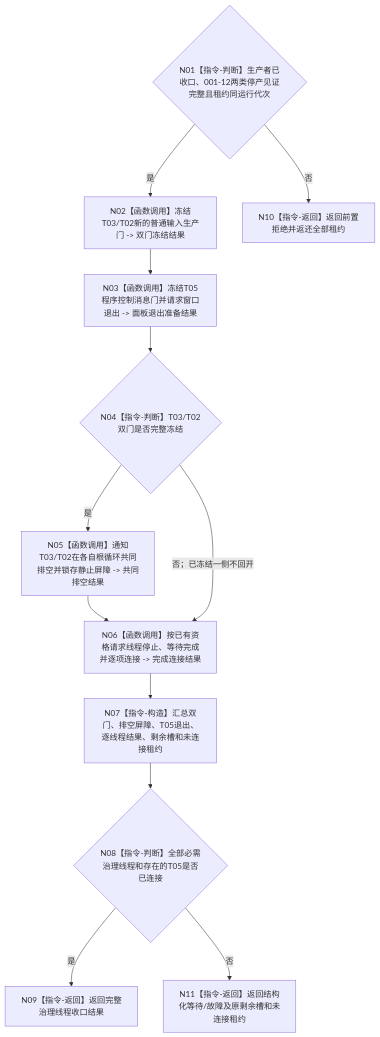
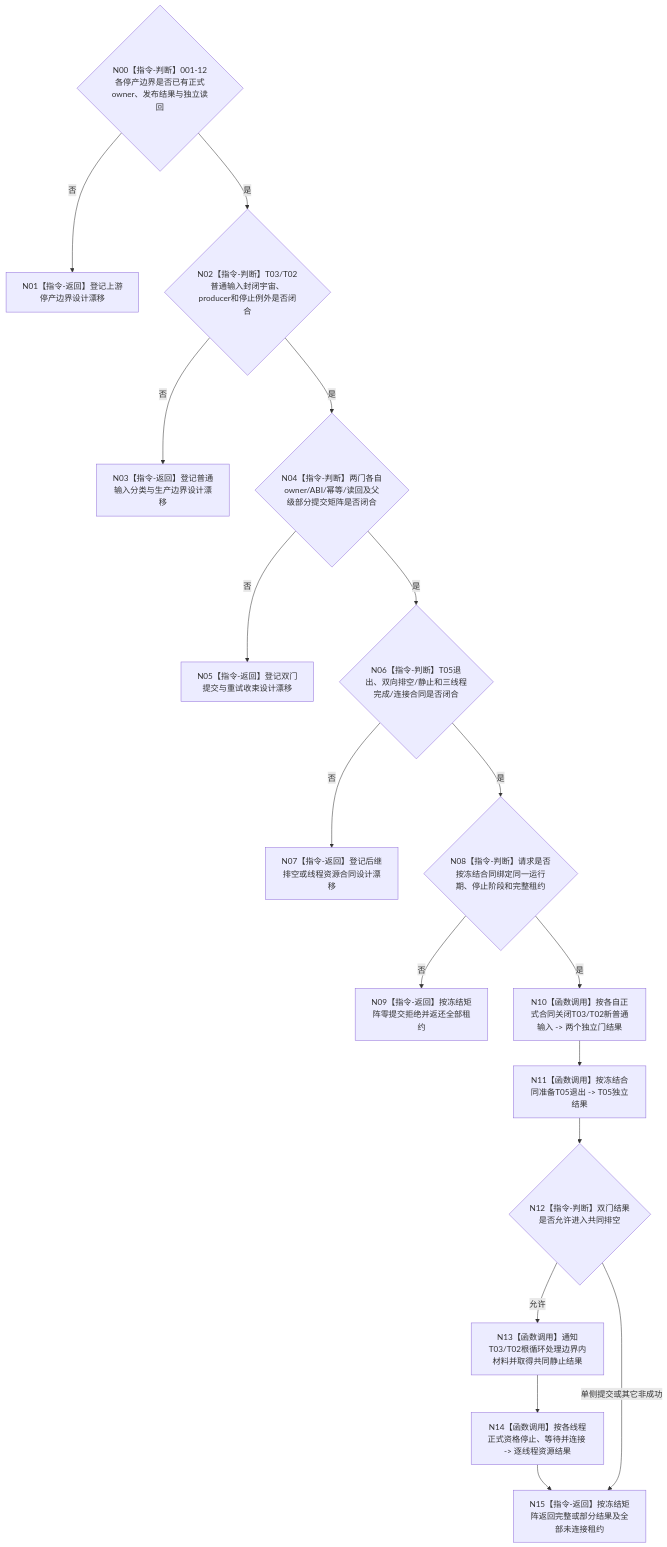
The diagram in 流程图/目标业务流程图/L2/BIZ-L2-001-14_共同排空双向治理材料并连接任务管理自我和控制面板线程_目标函数流程图_v0.2.md (chunhaizh-cyber/HY-Ego), drawn with Mermaid before and after one commit. The commit also changed other lines of this file and 13 other files, not shown here.

````diff
--- a/流程图/目标业务流程图/L2/BIZ-L2-001-14_共同排空双向治理材料并连接任务管理自我和控制面板线程_目标函数流程图_v0.2.md
+++ b/流程图/目标业务流程图/L2/BIZ-L2-001-14_共同排空双向治理材料并连接任务管理自我和控制面板线程_目标函数流程图_v0.2.md
@@ -31,22 +34,32 @@
 ```mermaid
 flowchart TD
-    N01{"N01【指令-判断】生产者已收口、001-12两类停产见证完整且租约同运行代次"}
-    N02["N02【函数调用】冻结T03/T02新的普通输入生产门 -> 双门冻结结果"]
-    N03["N03【函数调用】冻结T05程序控制消息门并请求窗口退出 -> 面板退出准备结果"]
-    N04{"N04【指令-判断】T03/T02双门是否完整冻结"}
-    N05["N05【函数调用】通知T03/T02在各自根循环共同排空并锁存静止屏障 -> 共同排空结果"]
-    N06["N06【函数调用】按已有资格请求线程停止、等待完成并逐项连接 -> 完成连接结果"]
-    N07["N07【指令-构造】汇总双门、排空屏障、T05退出、逐线程结果、剩余槽和未连接租约"]
-    N08{"N08【指令-判断】全部必需治理线程和存在的T05是否已连接"}
-    N09["N09【指令-返回】返回完整治理线程收口结果"]
-    N10["N10【指令-返回】返回前置拒绝并返还全部租约"]
-    N11["N11【指令-返回】返回结构化等待/故障及原剩余槽和未连接租约"]
+    N00{"N00【指令-判断】001-12各停产边界是否已有正式owner、发布结果与独立读回"}
+    N01["N01【指令-返回】登记上游停产边界设计漂移"]
+    N02{"N02【指令-判断】T03/T02普通输入封闭宇宙、producer和停止例外是否闭合"}
+    N03["N03【指令-返回】登记普通输入分类与生产边界设计漂移"]
+    N04{"N04【指令-判断】两门各自owner/ABI/幂等/读回及父级部分提交矩阵是否闭合"}
+    N05["N05【指令-返回】登记双门提交与重试收束设计漂移"]
+    N06{"N06【指令-判断】T05退出、双向排空/静止和三线程完成/连接合同是否闭合"}
+    N07["N07【指令-返回】登记后继排空或线程资源合同设计漂移"]
+    N08{"N08【指令-判断】请求是否按冻结合同绑定同一运行期、停止阶段和完整租约"}
+    N09["N09【指令-返回】按冻结矩阵零提交拒绝并返还全部租约"]
+    N10["N10【函数调用】按各自正式合同关闭T03/T02新普通输入 -> 两个独立门结果"]
+    N11["N11【函数调用】按冻结合同准备T05退出 -> T05独立结果"]
+    N12{"N12【指令-判断】双门结果是否允许进入共同排空"}
+    N13["N13【函数调用】通知T03/T02根循环处理边界内材料并取得共同静止结果"]
+    N14["N14【函数调用】按各线程正式资格停止、等待并连接 -> 逐线程资源结果"]
+    N15["N15【指令-返回】按冻结矩阵返回完整或部分结果及全部未连接租约"]
 
-    N01 -->|否| N10
-    N01 -->|是| N02 --> N03 --> N04
-    N04 -->|是| N05 --> N06
-    N04 -->|否；已冻结一侧不回开| N06
-    N06 --> N07 --> N08
-    N08 -->|是| N09
-    N08 -->|否| N11
+    N00 -->|否| N01
+    N00 -->|是| N02
+    N02 -->|否| N03
+    N02 -->|是| N04
+    N04 -->|否| N05
+    N04 -->|是| N06
+    N06 -->|否| N07
+    N06 -->|是| N08
+    N08 -->|否| N09
+    N08 -->|是| N10 --> N11 --> N12
+    N12 -->|允许| N13 --> N14 --> N15
+    N12 -->|单侧提交或其它非成功| N15
 ```
````
